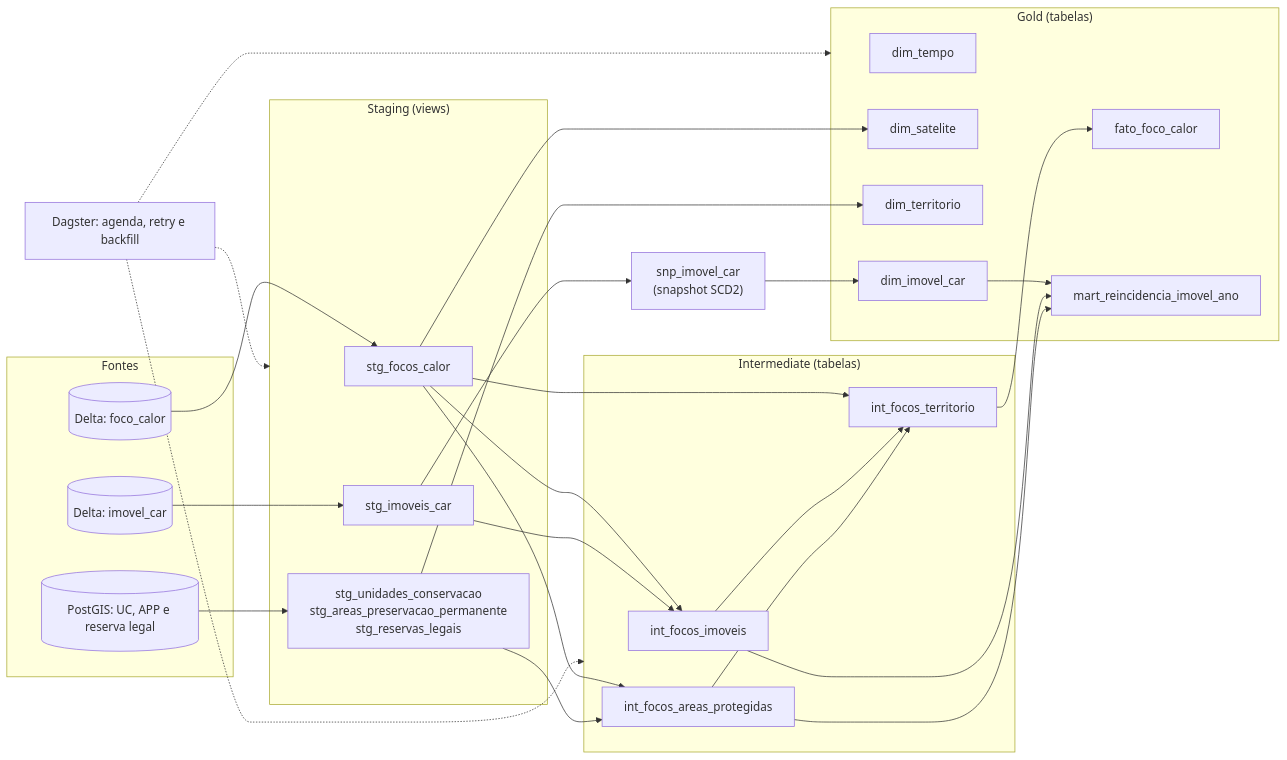
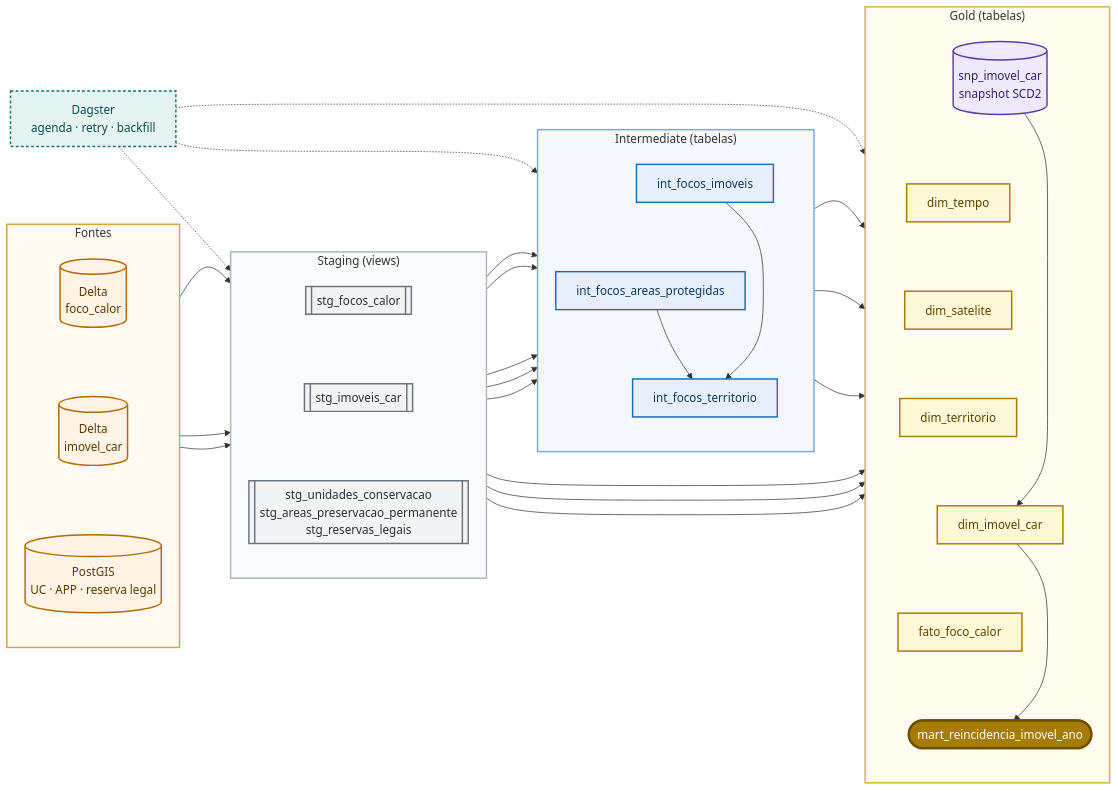
The diagram in docs/entrega/03/README.md (BeyondMagic/corta-fogo-df), drawn with Mermaid before and after one commit.

Commit message:
docs: change mermaid style of 3d

````diff
--- a/docs/entrega/03/README.md
+++ b/docs/entrega/03/README.md
@@ -19,34 +17,48 @@
 ```mermaid
+%%{init: {"flowchart": {"nodeSpacing": 30, "rankSpacing": 70, "curve": "basis", "padding": 14}}}%%
 flowchart LR
     subgraph fontes["Fontes"]
-        lk_f[("Delta: foco_calor")]
-        lk_i[("Delta: imovel_car")]
-        pg[("PostGIS: UC, APP e reserva legal")]
+        direction TB
+        lk_f[("Delta<br/>foco_calor")]
+        lk_i[("Delta<br/>imovel_car")]
+        pg[("PostGIS<br/>UC · APP · reserva legal")]
+        lk_f ~~~ lk_i ~~~ pg
     end
+
     subgraph staging["Staging (views)"]
-        stg_f["stg_focos_calor"]
-        stg_i["stg_imoveis_car"]
-        stg_t["stg_unidades_conservacao<br/>stg_areas_preservacao_permanente<br/>stg_reservas_legais"]
+        direction TB
+        stg_f[["stg_focos_calor"]]
+        stg_i[["stg_imoveis_car"]]
+        stg_t[["stg_unidades_conservacao<br/>stg_areas_preservacao_permanente<br/>stg_reservas_legais"]]
+        stg_f ~~~ stg_i ~~~ stg_t
     end
+
     subgraph inter["Intermediate (tabelas)"]
+        direction TB
         int_fi["int_focos_imoveis"]
         int_ap["int_focos_areas_protegidas"]
         int_ft["int_focos_territorio"]
+        int_fi ~~~ int_ap ~~~ int_ft
     end
-    snp["snp_imovel_car<br/>(snapshot SCD2)"]
+
     subgraph gold["Gold (tabelas)"]
+        direction TB
+        snp[("snp_imovel_car<br/>snapshot SCD2")]
         dim_t["dim_tempo"]
         dim_s["dim_satelite"]
         dim_terr["dim_territorio"]
         dim_car["dim_imovel_car"]
         fato["fato_foco_calor"]
-        mart["mart_reincidencia_imovel_ano"]
+        mart(["mart_reincidencia_imovel_ano"])
+        snp ~~~ dim_t ~~~ dim_s ~~~ dim_terr ~~~ dim_car ~~~ fato ~~~ mart
     end
-    dagster["Dagster: agenda, retry e backfill"]
+
+    dagster["Dagster<br/>agenda · retry · backfill"]
 
     lk_f --> stg_f
     lk_i --> stg_i
     pg --> stg_t
+
     stg_f --> int_fi
     stg_i --> int_fi
     stg_f --> int_ap
@@ -54,15 +66,39 @@
     stg_f --> int_ft
     int_fi --> int_ft
     int_ap --> int_ft
+
     stg_i --> snp
     snp --> dim_car
     stg_f --> dim_s
     stg_t --> dim_terr
+
     int_ft --> fato
     dim_car --> mart
     int_fi --> mart
     int_ap --> mart
+
     dagster -.-> staging
     dagster -.-> inter
     dagster -.-> gold
+
+    classDef fonte fill:#FFF4E5,stroke:#B26A00,stroke-width:2px,color:#5C3A00;
+    classDef staging fill:#F1F3F5,stroke:#6C757D,stroke-width:2px,color:#2B3035;
+    classDef inter fill:#E7F0FA,stroke:#1E6BB8,stroke-width:2px,color:#10395E;
+    classDef gold fill:#FFF8D6,stroke:#A67C00,stroke-width:2px,color:#5A4300;
+    classDef snap fill:#EEE9FB,stroke:#5B3FA8,stroke-width:2px,color:#33246B;
+    classDef mart fill:#A67C00,stroke:#6B4E00,stroke-width:3px,color:#FFFFFF;
+    classDef orchestration fill:#E6F4F1,stroke:#0F766E,stroke-width:2px,stroke-dasharray:4 3,color:#0B4F4A;
+
+    class lk_f,lk_i,pg fonte;
+    class stg_f,stg_i,stg_t staging;
+    class int_fi,int_ap,int_ft inter;
+    class dim_t,dim_s,dim_terr,dim_car,fato gold;
+    class snp snap;
+    class mart mart;
+    class dagster orchestration;
+
+    style fontes fill:#FFFBF3,stroke:#D9A24A,stroke-width:2px;
+    style staging fill:#FAFBFC,stroke:#ADB5BD,stroke-width:2px;
+    style inter fill:#F5F9FD,stroke:#7FA9D4,stroke-width:2px;
+    style gold fill:#FFFDF0,stroke:#D4B24A,stroke-width:2px;
 ```
````
